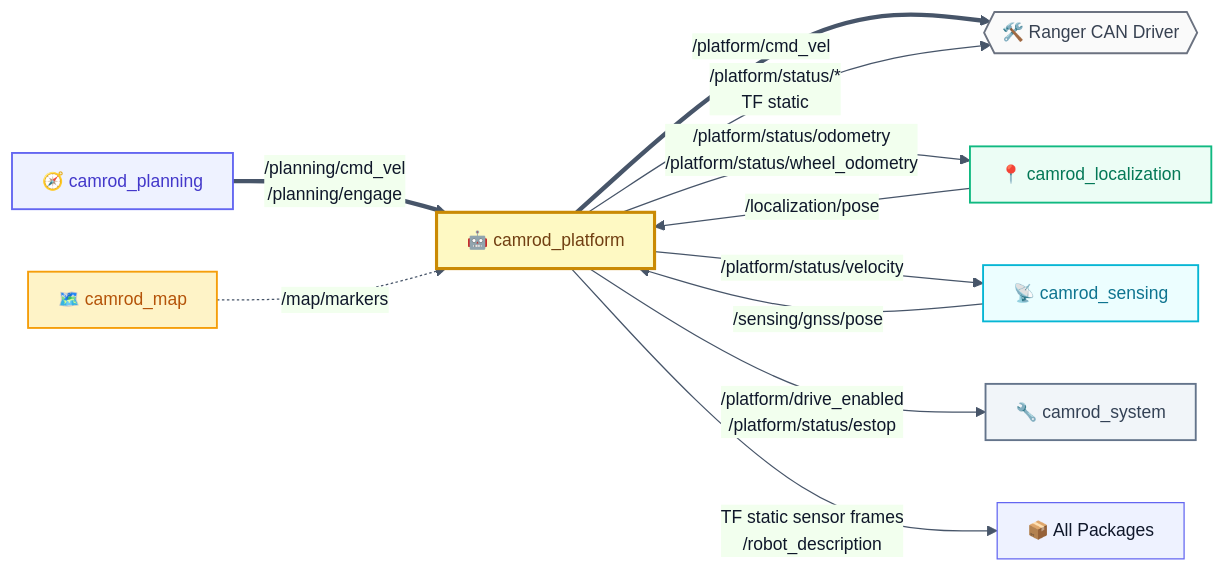
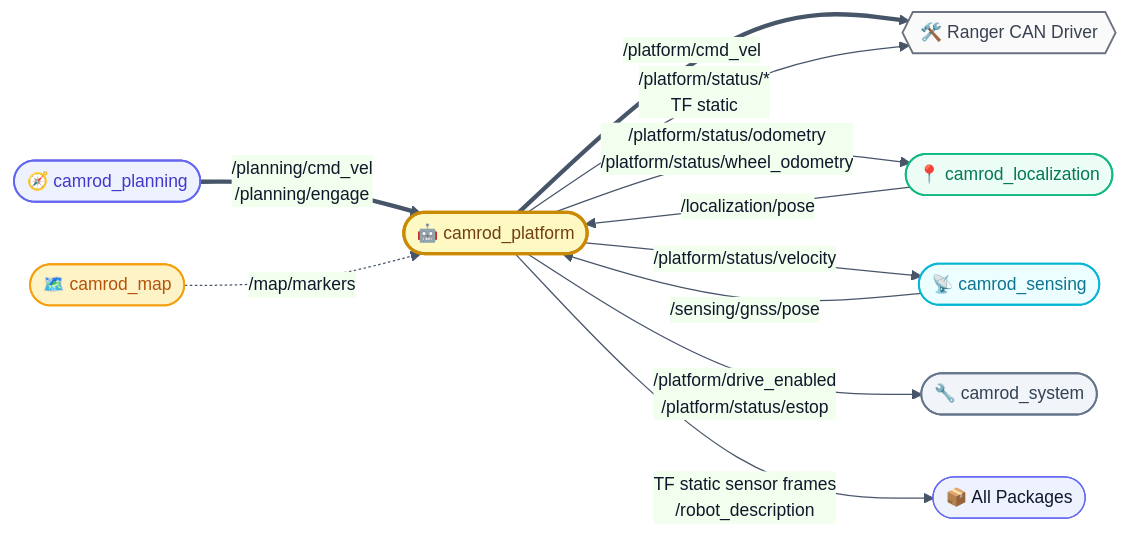
The first of 3 diagrams in camrod_platform/README.md (hwanhonglee/CAMROD), drawn with Mermaid before and after one commit. The commit also changed other lines of this file and 12 other files, not shown here.

First line of the commit message:
docs(v4): unified Mermaid shape convention + runtime data flow diagram

````diff
--- a/camrod_platform/README.md
+++ b/camrod_platform/README.md
@@ -42,34 +42,34 @@
 ```mermaid
 %%{init: {'theme': 'base', 'themeVariables': {'fontFamily': 'ui-sans-serif, system-ui, sans-serif', 'fontSize': '14px', 'primaryColor': '#EEF2FF', 'primaryTextColor': '#0F172A', 'primaryBorderColor': '#6366F1', 'lineColor': '#475569'}, 'flowchart': {'curve': 'basis', 'htmlLabels': true, 'padding': 12}}}%%
 graph LR
   classDef sensing      fill:#ECFEFF,stroke:#06B6D4,stroke-width:1.5px,color:#0E7490;
   classDef localization fill:#ECFDF5,stroke:#10B981,stroke-width:1.5px,color:#047857;
   classDef mapping      fill:#FEF3C7,stroke:#F59E0B,stroke-width:1.5px,color:#B45309;
   classDef perception   fill:#FCE7F3,stroke:#EC4899,stroke-width:1.5px,color:#9D174D;
   classDef planning     fill:#EEF2FF,stroke:#6366F1,stroke-width:1.5px,color:#4338CA;
   classDef platform     fill:#FEE2E2,stroke:#EF4444,stroke-width:1.5px,color:#B91C1C;
   classDef system       fill:#F1F5F9,stroke:#64748B,stroke-width:1.5px,color:#334155;
   classDef ui           fill:#FFF7ED,stroke:#F97316,stroke-width:1.5px,color:#C2410C;
   classDef hardware     fill:#FAFAFA,stroke:#6B7280,stroke-width:1.5px,color:#374151;
   classDef highlight    fill:#FEF9C3,stroke:#CA8A04,stroke-width:2.5px,color:#713F12;
 
-  PLAN[🧭 camrod_planning] ==>|/planning/cmd_vel\n/planning/engage| PLAT
-  LOC[📍 camrod_localization] -->|/localization/pose| PLAT
-  SENS[📡 camrod_sensing] -->|/sensing/gnss/pose| PLAT
-  MAP[🗺️ camrod_map] -.->|/map/markers| PLAT
+  PLAN([🧭 camrod_planning]) ==>|/planning/cmd_vel\n/planning/engage| PLAT
+  LOC([📍 camrod_localization]) -->|/localization/pose| PLAT
+  SENS([📡 camrod_sensing]) -->|/sensing/gnss/pose| PLAT
+  MAP([🗺️ camrod_map]) -.->|/map/markers| PLAT
 
-  PLAT[🤖 camrod_platform] ==>|/platform/cmd_vel| HW{{🛠️ Ranger CAN Driver}}
+  PLAT([🤖 camrod_platform]) ==>|/platform/cmd_vel| HW{{🛠️ Ranger CAN Driver}}
   PLAT -->|/platform/status/*\nTF static| HW
   PLAT -->|/platform/status/odometry\n/platform/status/wheel_odometry| LOC
   PLAT -->|/platform/status/velocity| SENS
-  PLAT -->|/platform/drive_enabled\n/platform/status/estop| SYS[🔧 camrod_system]
-  PLAT -->|TF static sensor frames\n/robot_description| ALL[📦 All Packages]
+  PLAT -->|/platform/drive_enabled\n/platform/status/estop| SYS([🔧 camrod_system])
+  PLAT -->|TF static sensor frames\n/robot_description| ALL([📦 All Packages])
 
   class PLAN planning
   class LOC localization
   class SENS sensing
   class MAP mapping
   class SYS system
   class HW hardware
   class PLAT highlight
 ```
````
